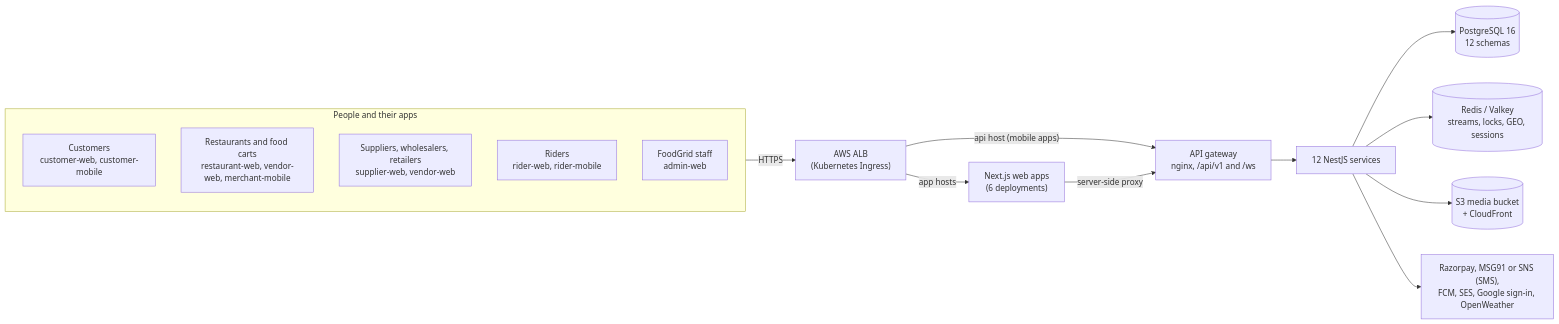
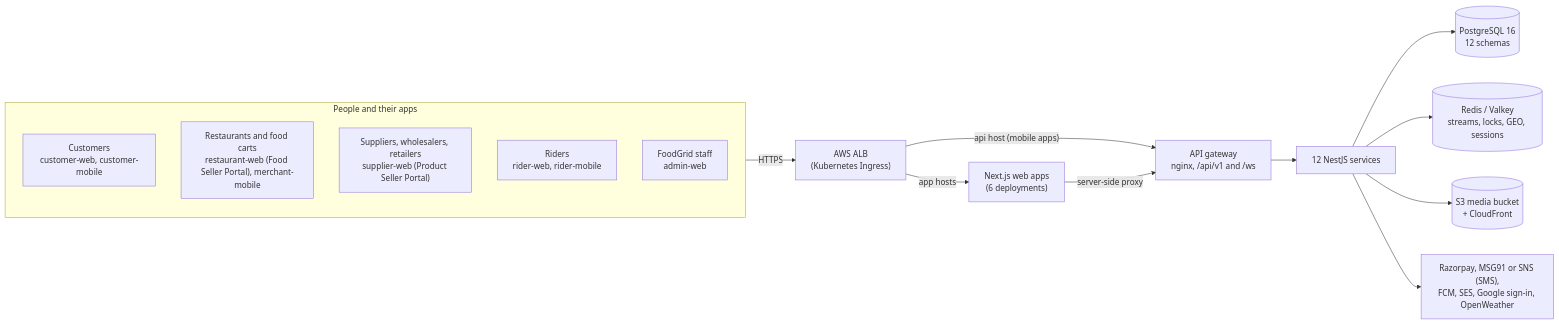
The first of 5 diagrams in docs/architecture.md (RAJIVJAZ/Alpha), drawn with Mermaid before and after one commit. The commit also changed other lines of this file and 204 other files, not shown here.

````diff
--- a/docs/architecture.md
+++ b/docs/architecture.md
@@ -26,29 +26,29 @@
 ```mermaid
 flowchart LR
   subgraph people["People and their apps"]
     cust["Customers<br/>customer-web, customer-mobile"]
-    merch["Restaurants and food carts<br/>restaurant-web, vendor-web, merchant-mobile"]
-    sell["Suppliers, wholesalers, retailers<br/>supplier-web, vendor-web"]
+    merch["Restaurants and food carts<br/>restaurant-web (Food Seller Portal), merchant-mobile"]
+    sell["Suppliers, wholesalers, retailers<br/>supplier-web (Product Seller Portal)"]
     rider["Riders<br/>rider-web, rider-mobile"]
     staff["FoodGrid staff<br/>admin-web"]
   end
 
   alb["AWS ALB<br/>(Kubernetes Ingress)"]
   web["Next.js web apps<br/>(6 deployments)"]
   gw["API gateway<br/>nginx, /api/v1 and /ws"]
   svc["12 NestJS services"]
   pg[("PostgreSQL 16<br/>12 schemas")]
   redis[("Redis / Valkey<br/>streams, locks, GEO, sessions")]
   s3[("S3 media bucket<br/>+ CloudFront")]
   ext["Razorpay, MSG91 or SNS (SMS),<br/>FCM, SES, Google sign-in, OpenWeather"]
 
   people -- HTTPS --> alb
   alb -- "app hosts" --> web
   alb -- "api host (mobile apps)" --> gw
   web -- "server-side proxy" --> gw
   gw --> svc
   svc --> pg
   svc --> redis
   svc --> s3
   svc --> ext
 ```
````
